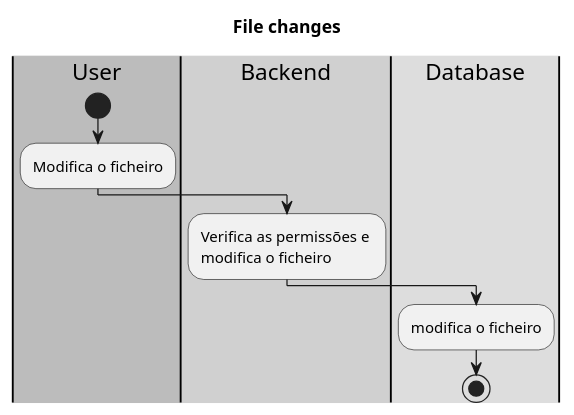
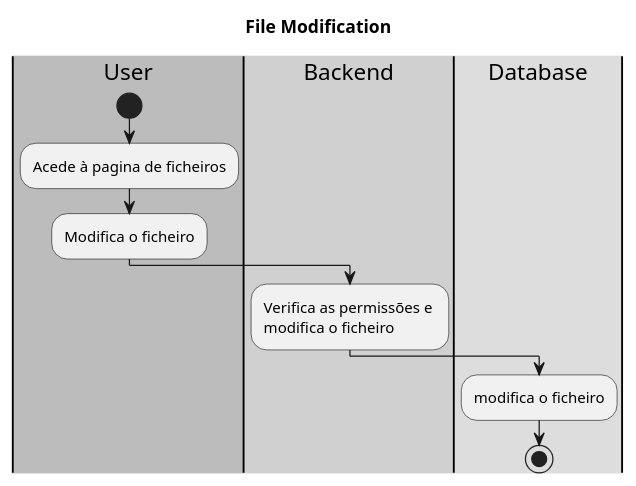
Before and after one commit to ricardofalcao/My-Cloud: the diagram in docs/activity-diagrams/file-changes.puml, drawn with PlantUML. The commit also changed 11 other files, not shown here.

Commit message:
Activity diagrams review

```diff
--- a/docs/activity-diagrams/file-changes.puml
+++ b/docs/activity-diagrams/file-changes.puml
@@ -1,21 +1,22 @@
 @startuml
 
 skinparam Monochrome true
 
-title File changes
+title File Modification
 
 |#bcbcbc|User|
 |#d0d0d0|Backend|
 |#dddddd|Database|
 
 |User|
 start
+    :Acede à pagina de ficheiros;
     :Modifica o ficheiro;
     |Backend|
     :Verifica as permissões e \nmodifica o ficheiro;
     |Database|
     :modifica o ficheiro;
 stop
 
 
 @enduml
```
